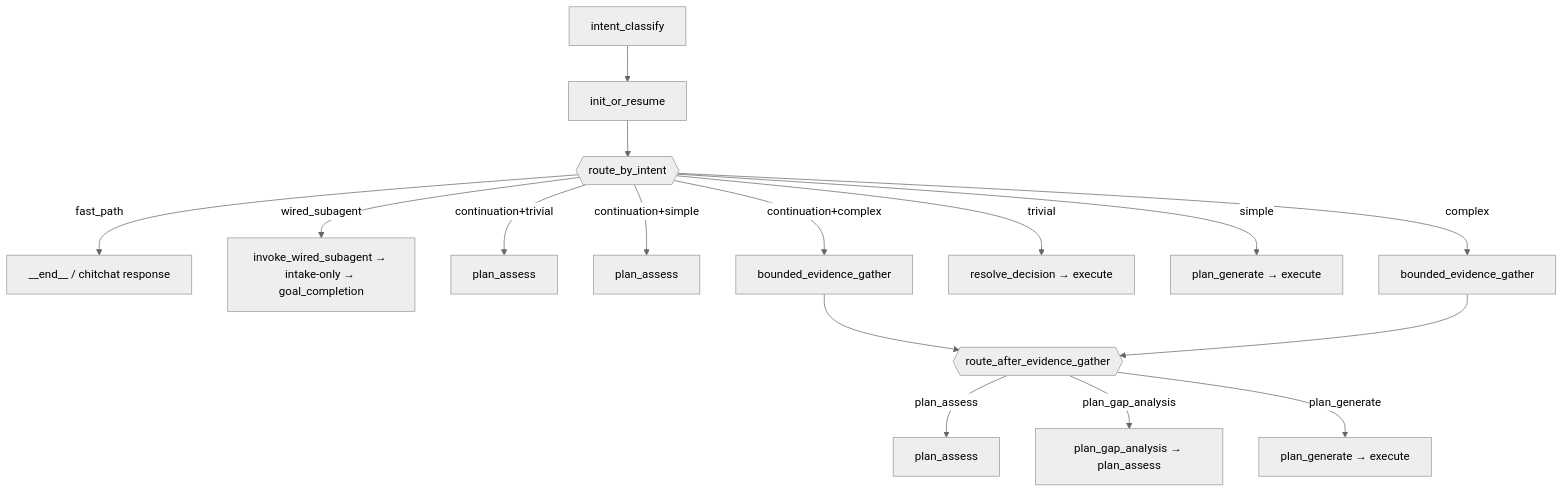
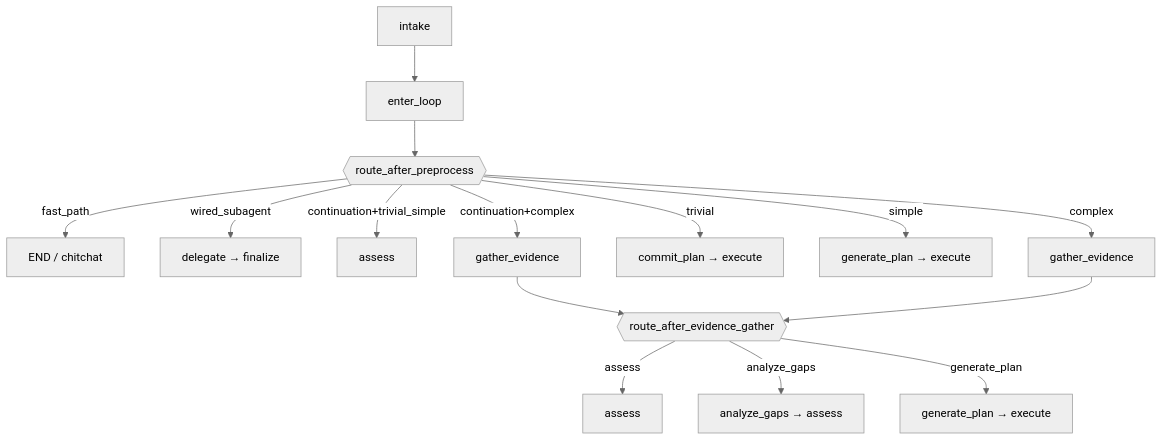
One commit to OpenSoothe/soothe changed the diagram in docs/diagrams/strange_loop_graph_nodes.md. Above: the diagram before and after it, drawn with Mermaid (neutral theme). The commit also changed other lines of this file and 92 other files, not shown here.

````diff
--- a/docs/diagrams/strange_loop_graph_nodes.md
+++ b/docs/diagrams/strange_loop_graph_nodes.md
@@ -46,18 +30,17 @@
 ```mermaid
 flowchart TD
-    IC[intent_classify] --> IOR[init_or_resume]
-    IOR --> R{{route_by_intent}}
-    R -->|fast_path| END1[__end__ / chitchat response]
-    R -->|wired_subagent| IWS[invoke_wired_subagent → intake-only → goal_completion]
-    R -->|continuation+trivial| PA[plan_assess]
-    R -->|continuation+simple| PA2[plan_assess]
-    R -->|continuation+complex| BEG[bounded_evidence_gather]
-    R -->|trivial| RD[resolve_decision → execute]
-    R -->|simple| PG2[plan_generate → execute]
-    R -->|complex| BEG2[bounded_evidence_gather]
+    IC[intake] --> IOR[enter_loop]
+    IOR --> R{{route_after_preprocess}}
+    R -->|fast_path| END1[END / chitchat]
+    R -->|wired_subagent| IWS[delegate → finalize]
+    R -->|continuation+trivial_simple| PA[assess]
+    R -->|continuation+complex| BEG[gather_evidence]
+    R -->|trivial| RD[commit_plan → execute]
+    R -->|simple| PG2[generate_plan → execute]
+    R -->|complex| BEG2[gather_evidence]
     BEG --> PGA{{route_after_evidence_gather}}
     BEG2 --> PGA
-    PGA -->|plan_assess| PA3[plan_assess]
-    PGA -->|plan_gap_analysis| PGA2[plan_gap_analysis → plan_assess]
-    PGA -->|plan_generate| PG3[plan_generate → execute]
+    PGA -->|assess| PA3[assess]
+    PGA -->|analyze_gaps| PGA2[analyze_gaps → assess]
+    PGA -->|generate_plan| PG3[generate_plan → execute]
 ```
````
